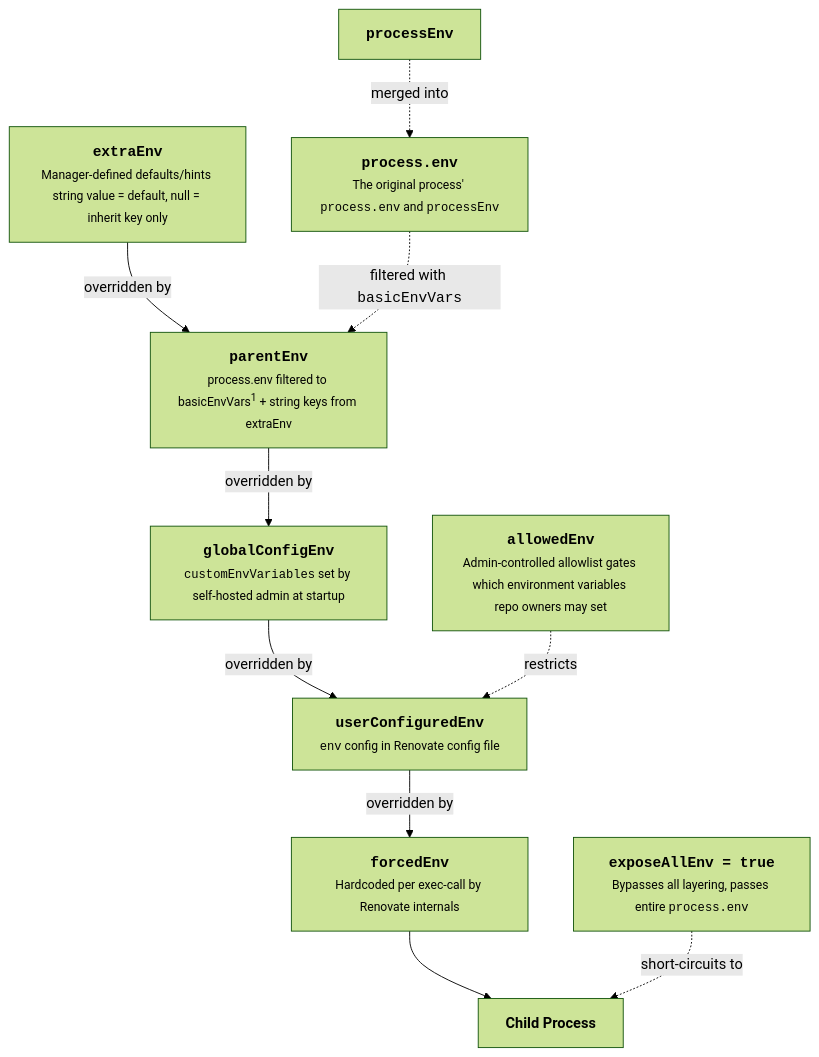
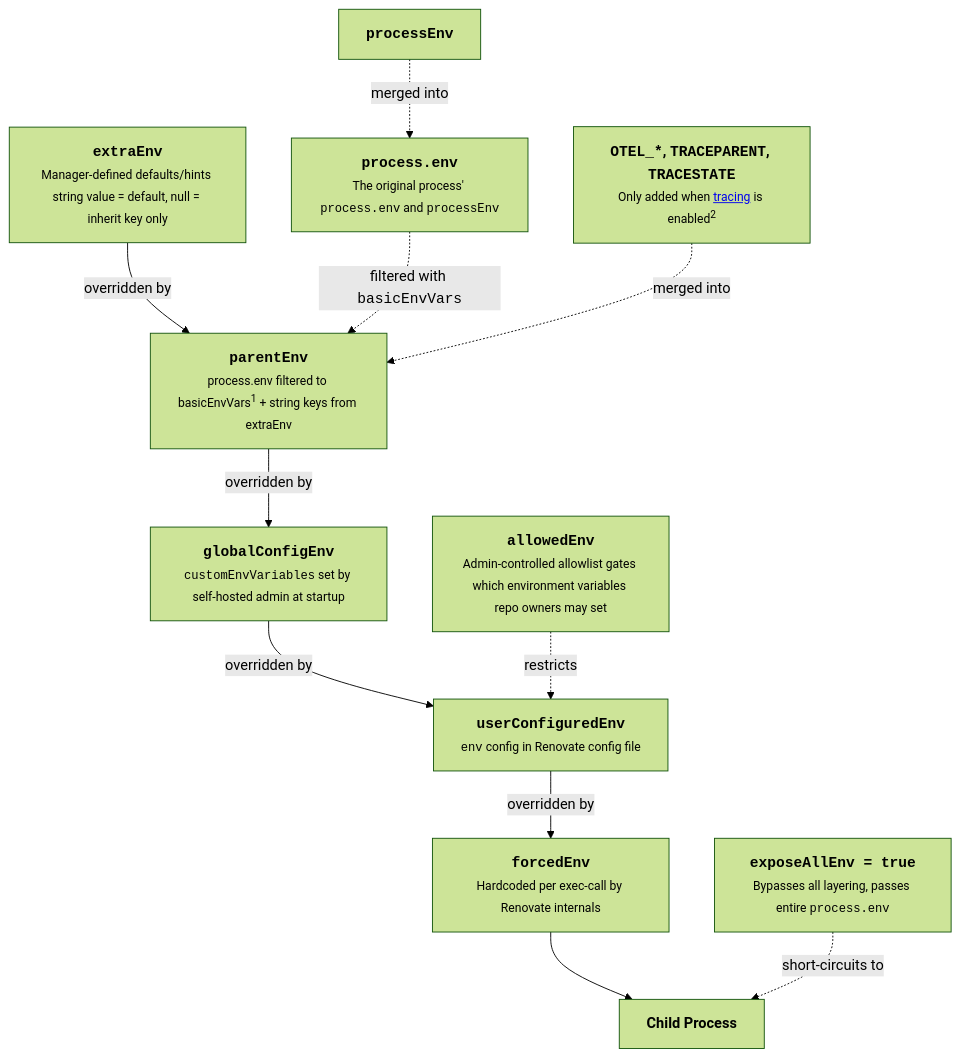
One commit to renovatebot/renovate changed the diagram in docs/usage/environment-variable-handling.md. Above: the diagram before and after it, drawn with Mermaid (forest theme). The commit also changed other lines of this file and 7 other files, not shown here.

````diff
--- a/docs/usage/environment-variable-handling.md
+++ b/docs/usage/environment-variable-handling.md
@@ -57,25 +64,27 @@
 ```mermaid
 flowchart TD
     extraEnv["<strong><code>extraEnv</code></strong><br/><small>Manager-defined defaults/hints string value = default, null = inherit key only</small>"]
     parentEnv["<strong><code>parentEnv</code></strong><br/><small>process.env filtered to basicEnvVars<sup>1</sup> + string keys from extraEnv</small>"]
     globalConfigEnv["<strong><code>globalConfigEnv</code></strong><br/><small><code>customEnvVariables</code> set by self-hosted admin at startup</small>"]
     userConfiguredEnv["<strong><code>userConfiguredEnv</code></strong><br/><small><code>env</code> config in Renovate config file</small>"]
     forcedEnv["<strong><code>forcedEnv</code></strong><br/><small>Hardcoded per exec-call by Renovate internals</small>"]
     childProcess["<strong>Child Process</strong>"]
     exposeAllEnv["<strong><code>exposeAllEnv = true</code></strong><br/><small>Bypasses all layering, passes entire <code>process.env</code></small>"]
     processEnvConfig["<strong><code>processEnv</code></strong><br/><small></small>"]
     processEnv["<strong><code>process.env</code></strong><br/><small>The original process' <code>process.env</code> and <code>processEnv</code></small>"]
     allowedEnv["<strong><code>allowedEnv</code></strong><br/><small>Admin-controlled allowlist gates which environment variables repo owners may set</small>"]
+    otelEnv["<strong><code>OTEL_*</code>, <code>TRACEPARENT</code>, <code>TRACESTATE</code></strong><br/><small>Only added when <a href='./opentelemetry.md'>tracing</a> is enabled<sup>2</sup></small>"]
 
     extraEnv -->|"overridden by"| parentEnv
     parentEnv -->|"overridden by"| globalConfigEnv
     globalConfigEnv -->|"overridden by"| userConfiguredEnv
     userConfiguredEnv -->|"overridden by"| forcedEnv
     forcedEnv --> childProcess
 
     exposeAllEnv -.->|"short-circuits to"| childProcess
     processEnvConfig -.->|"merged into"| processEnv
     processEnv -.->|"filtered with <code>basicEnvVars</code>"| parentEnv
     allowedEnv -.->|"restricts"| userConfiguredEnv
+    otelEnv -.->|"merged into"| parentEnv
 
 ```
````
